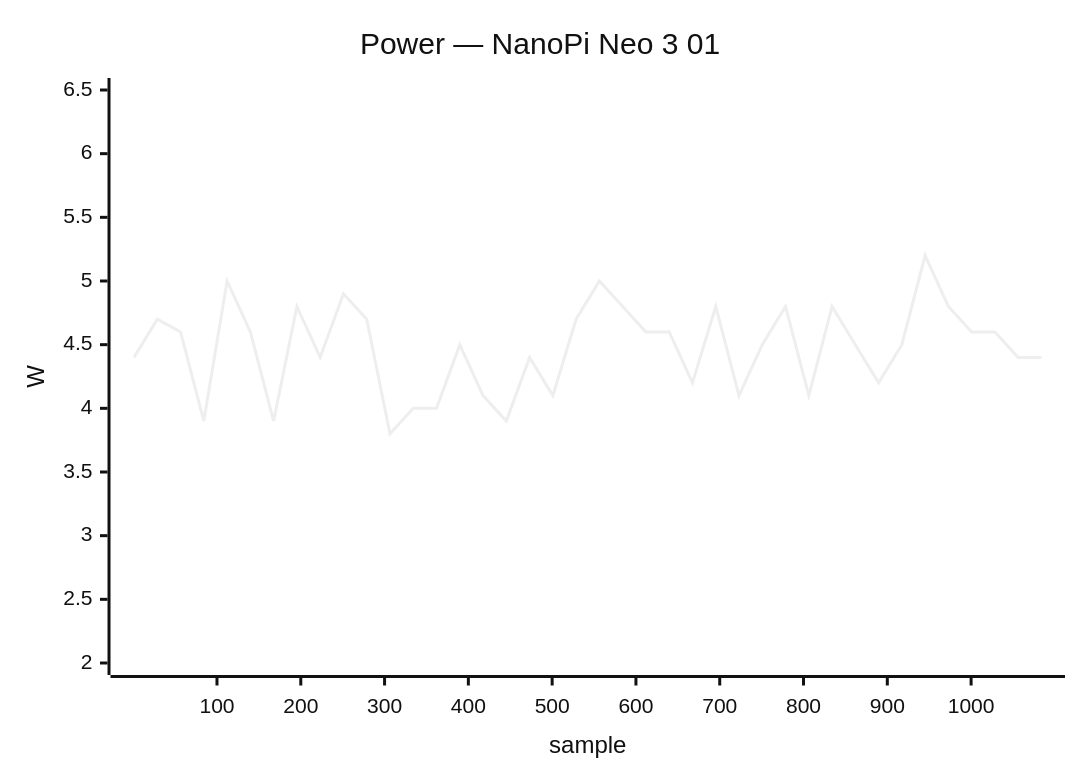
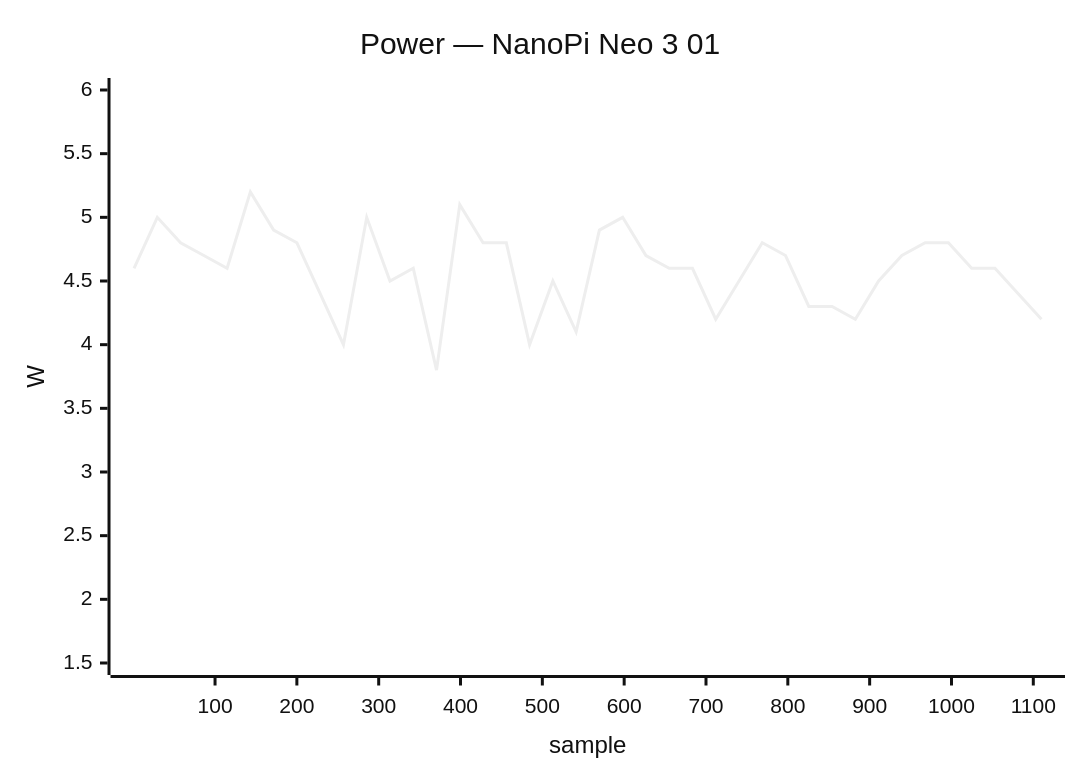
One commit to armbian/documentation changed diagram 21 of 48 in docs/status/board-tests.md. Above: the diagram before and after it, drawn with Mermaid (neutral theme). The commit also changed other lines of this file, not shown here.

````diff
--- a/docs/status/board-tests.md
+++ b/docs/status/board-tests.md
@@ -771,7 +993,7 @@
 ```mermaid
 xychart-beta
     title "Power — NanoPi Neo 3 01"
-    x-axis "sample" 1 --> 1084
-    y-axis "W" 2.0 --> 6.5
-    line [4.4, 4.7, 4.6, 3.9, 5.0, 4.6, 3.9, 4.8, 4.4, 4.9, 4.7, 3.8, 4.0, 4.0, 4.5, 4.1, 3.9, 4.4, 4.1, 4.7, 5.0, 4.8, 4.6, 4.6, 4.2, 4.8, 4.1, 4.5, 4.8, 4.1, 4.8, 4.5, 4.2, 4.5, 5.2, 4.8, 4.6, 4.6, 4.4, 4.4]
+    x-axis "sample" 1 --> 1110
+    y-axis "W" 1.5 --> 6.0
+    line [4.6, 5.0, 4.8, 4.7, 4.6, 5.2, 4.9, 4.8, 4.4, 4.0, 5.0, 4.5, 4.6, 3.8, 5.1, 4.8, 4.8, 4.0, 4.5, 4.1, 4.9, 5.0, 4.7, 4.6, 4.6, 4.2, 4.5, 4.8, 4.7, 4.3, 4.3, 4.2, 4.5, 4.7, 4.8, 4.8, 4.6, 4.6, 4.4, 4.2]
 ```
````
